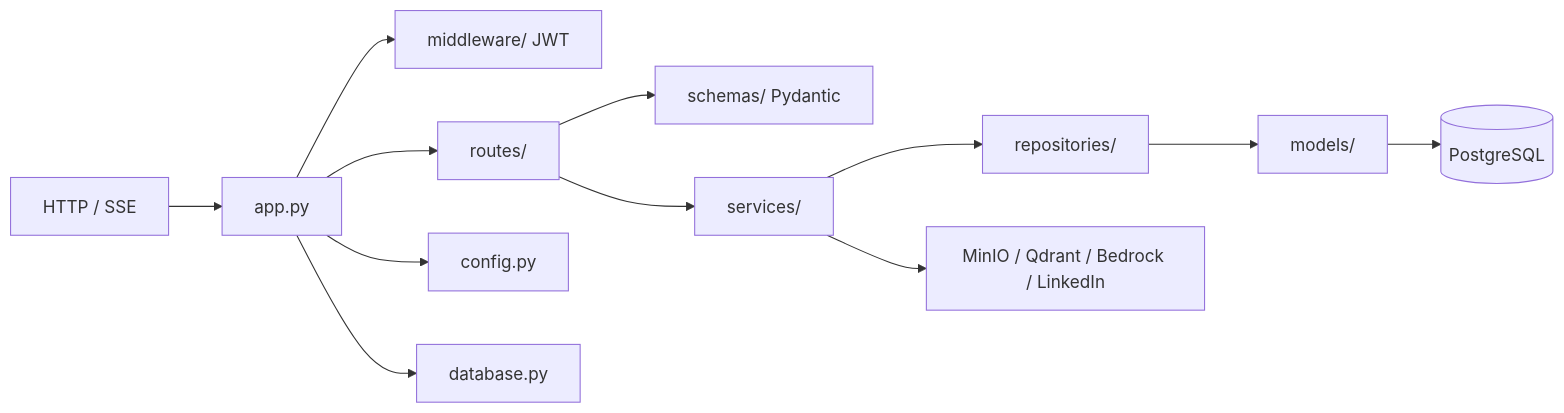
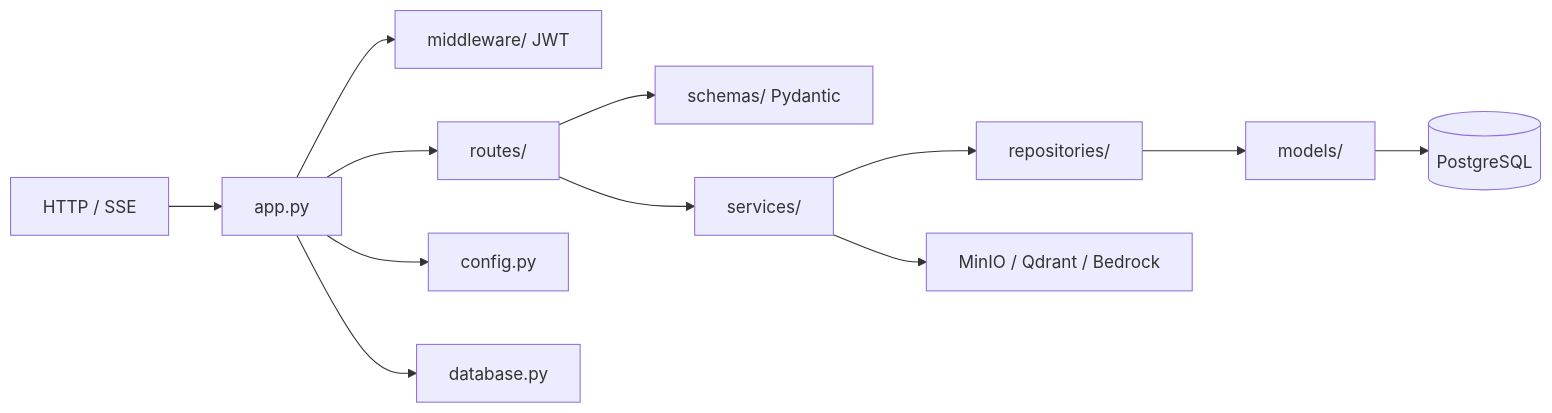
The diagram in cjhirashi-career-api/src/README.md (cjhirashi/cjhirashi-career), drawn with Mermaid before and after one commit. The commit also changed other lines of this file and 59 other files, not shown here.

Commit message:
feat!: retirar la publicación de posts de LinkedIn (panel, API, agente L3, tools Bedrock, sección sec-6, scheduler y tablas linkedin_posts/linkedin_connections); queda solo el blog del portafolio (publications)

````diff
--- a/cjhirashi-career-api/src/README.md
+++ b/cjhirashi-career-api/src/README.md
@@ -9,14 +9,14 @@
 ```mermaid
 flowchart LR
     HTTP[HTTP / SSE] --> App[app.py]
     App --> MW[middleware/ JWT]
     App --> Routes[routes/]
     Routes --> Schemas[schemas/ Pydantic]
     Routes --> Services[services/]
     Services --> Repos[repositories/]
     Repos --> Models[models/]
     Models --> PG[(PostgreSQL)]
-    Services --> Ext[MinIO / Qdrant / Bedrock / LinkedIn]
+    Services --> Ext[MinIO / Qdrant / Bedrock]
     App --> Config[config.py]
     App --> DB[database.py]
 ```
````
